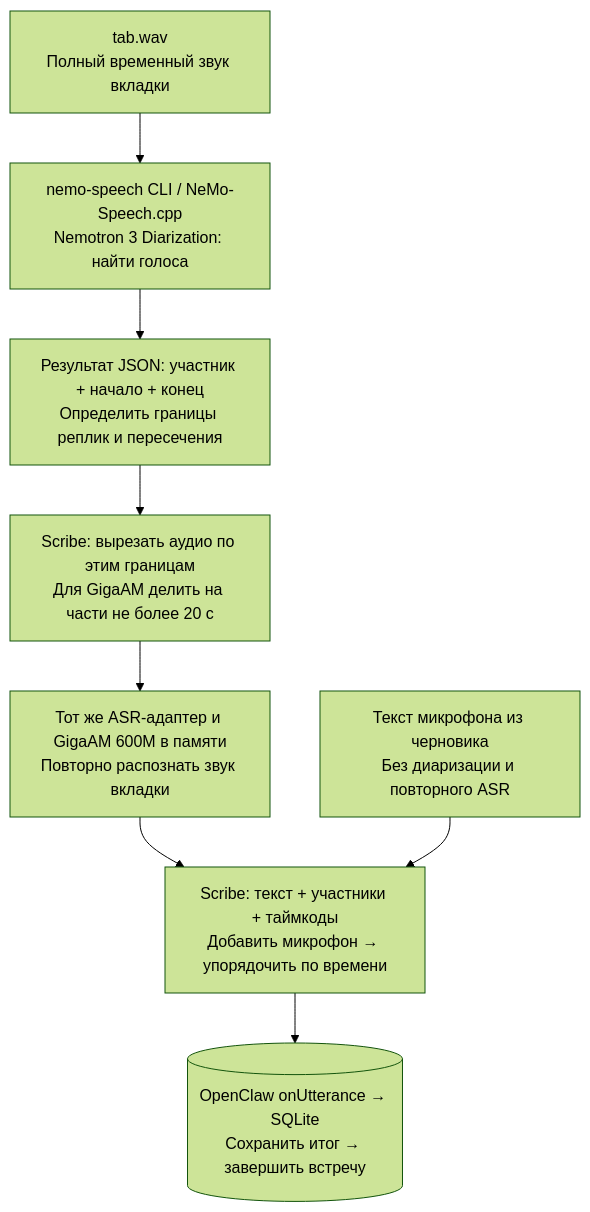
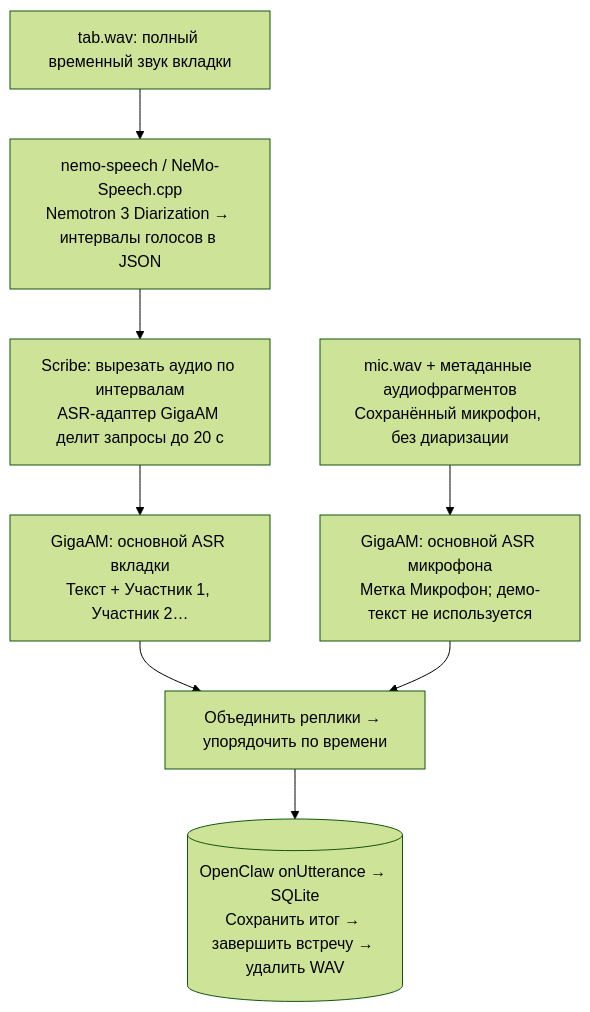
Before and after one commit to Efreh/openclaw-scribe: the second of 2 diagrams in docs/audio-flow.md, drawn with Mermaid (forest theme). The commit also changed other lines of this file and 16 other files, not shown here.

````diff
--- a/docs/audio-flow.md
+++ b/docs/audio-flow.md
@@ -44,14 +53,14 @@
 ```mermaid
 flowchart TD
-    audio["tab.wav<br/>Полный временный звук вкладки"]
-    diar["nemo-speech CLI / NeMo-Speech.cpp<br/>Nemotron 3 Diarization: найти голоса"]
-    turns["Результат JSON: участник + начало + конец<br/>Определить границы реплик и пересечения"]
-    pieces["Scribe: вырезать аудио по этим границам<br/>Для GigaAM делить на части не более 20 с"]
-    asr["Тот же ASR-адаптер и GigaAM 600M в памяти<br/>Повторно распознать звук вкладки"]
-    mic["Текст микрофона из черновика<br/>Без диаризации и повторного ASR"]
-    merge["Scribe: текст + участники + таймкоды<br/>Добавить микрофон → упорядочить по времени"]
-    store[("OpenClaw onUtterance → SQLite<br/>Сохранить итог → завершить встречу")]
+    tab["tab.wav: полный временный звук вкладки"]
+    diar["nemo-speech / NeMo-Speech.cpp<br/>Nemotron 3 Diarization → интервалы голосов в JSON"]
+    pieces["Scribe: вырезать аудио по интервалам<br/>ASR-адаптер GigaAM делит запросы до 20 с"]
+    tabASR["GigaAM: основной ASR вкладки<br/>Текст + Участник 1, Участник 2…"]
+    mic["mic.wav + метаданные аудиофрагментов<br/>Сохранённый микрофон, без диаризации"]
+    micASR["GigaAM: основной ASR микрофона<br/>Метка Микрофон; демо-текст не используется"]
+    merge["Объединить реплики → упорядочить по времени"]
+    store[("OpenClaw onUtterance → SQLite<br/>Сохранить итог → завершить встречу → удалить WAV")]
 
-    audio --> diar --> turns --> pieces --> asr --> merge --> store
-    mic --> merge
+    tab --> diar --> pieces --> tabASR --> merge
+    mic --> micASR --> merge --> store
 ```
````
